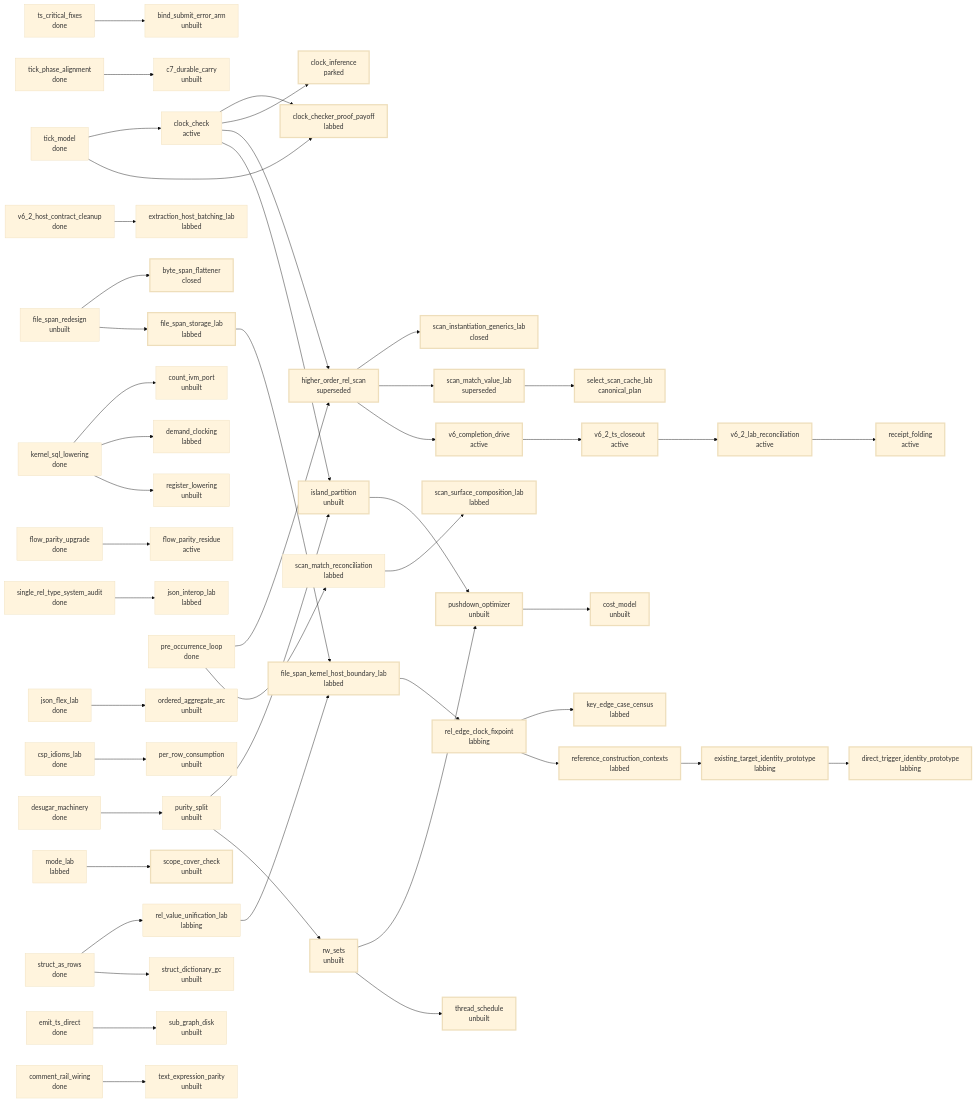
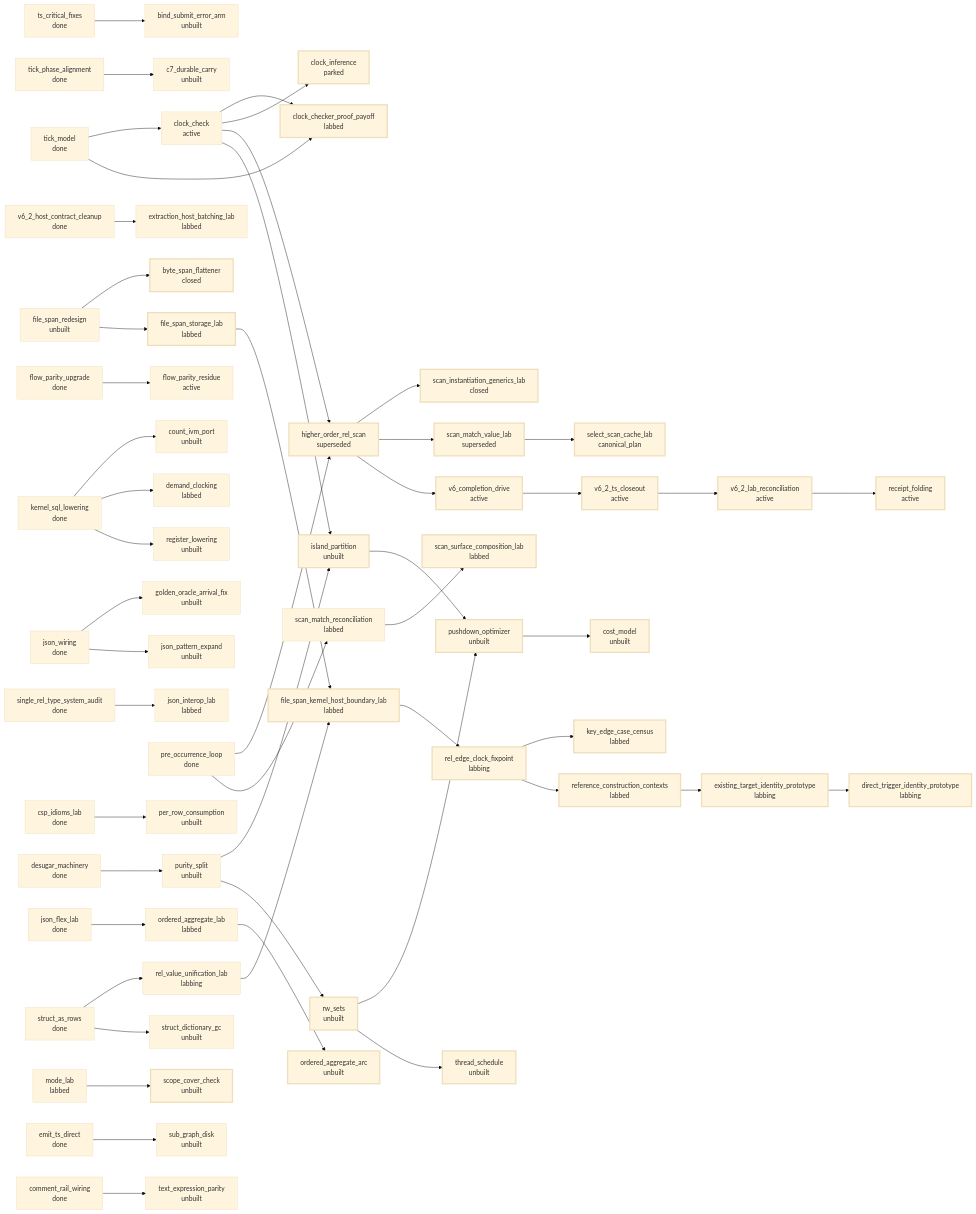
One commit to hafley66/sprefa changed the third of 4 diagrams in v6/ARCH-MAP.md. Above: the diagram before and after it, drawn with Mermaid (base theme). The commit also changed other lines of this file and 6 other files, not shown here.

Commit message:
ledger + ARCH: ordered-aggregate lab landed (labbed, arc unblocked), potholes lane landed, json_pattern_expand + golden_oracle_arrival_fix rows filed; self-map regenerated

```diff
--- a/v6/ARCH-MAP.md
+++ b/v6/ARCH-MAP.md
@@ -180,14 +180,18 @@
   t_file_span_storage_lab["file_span_storage_lab<br/>labbed"]
   t_flow_parity_residue["flow_parity_residue<br/>active"]
   t_flow_parity_upgrade["flow_parity_upgrade<br/>done"]
+  t_golden_oracle_arrival_fix["golden_oracle_arrival_fix<br/>unbuilt"]
   t_higher_order_rel_scan["higher_order_rel_scan<br/>superseded"]
   t_island_partition["island_partition<br/>unbuilt"]
   t_json_flex_lab["json_flex_lab<br/>done"]
   t_json_interop_lab["json_interop_lab<br/>labbed"]
+  t_json_pattern_expand["json_pattern_expand<br/>unbuilt"]
+  t_json_wiring["json_wiring<br/>done"]
   t_kernel_sql_lowering["kernel_sql_lowering<br/>done"]
   t_key_edge_case_census["key_edge_case_census<br/>labbed"]
   t_mode_lab["mode_lab<br/>labbed"]
   t_ordered_aggregate_arc["ordered_aggregate_arc<br/>unbuilt"]
+  t_ordered_aggregate_lab["ordered_aggregate_lab<br/>labbed"]
   t_per_row_consumption["per_row_consumption<br/>unbuilt"]
   t_pre_occurrence_loop["pre_occurrence_loop<br/>done"]
   t_purity_split["purity_split<br/>unbuilt"]
@@ -235,11 +239,14 @@
   t_higher_order_rel_scan --> t_scan_match_value_lab
   t_higher_order_rel_scan --> t_v6_completion_drive
   t_island_partition --> t_pushdown_optimizer
-  t_json_flex_lab --> t_ordered_aggregate_arc
+  t_json_flex_lab --> t_ordered_aggregate_lab
+  t_json_wiring --> t_golden_oracle_arrival_fix
+  t_json_wiring --> t_json_pattern_expand
   t_kernel_sql_lowering --> t_count_ivm_port
   t_kernel_sql_lowering --> t_demand_clocking
   t_kernel_sql_lowering --> t_register_lowering
   t_mode_lab --> t_scope_cover_check
+  t_ordered_aggregate_lab --> t_ordered_aggregate_arc
   t_pre_occurrence_loop --> t_higher_order_rel_scan
   t_pre_occurrence_loop --> t_scan_match_reconciliation
   t_purity_split --> t_island_partition
@@ -276,6 +283,7 @@
   class t_higher_order_rel_scan blocked
   class t_island_partition blocked
   class t_key_edge_case_census blocked
+  class t_ordered_aggregate_arc blocked
   class t_pushdown_optimizer blocked
   class t_receipt_folding blocked
   class t_reference_construction_contexts blocked
```
